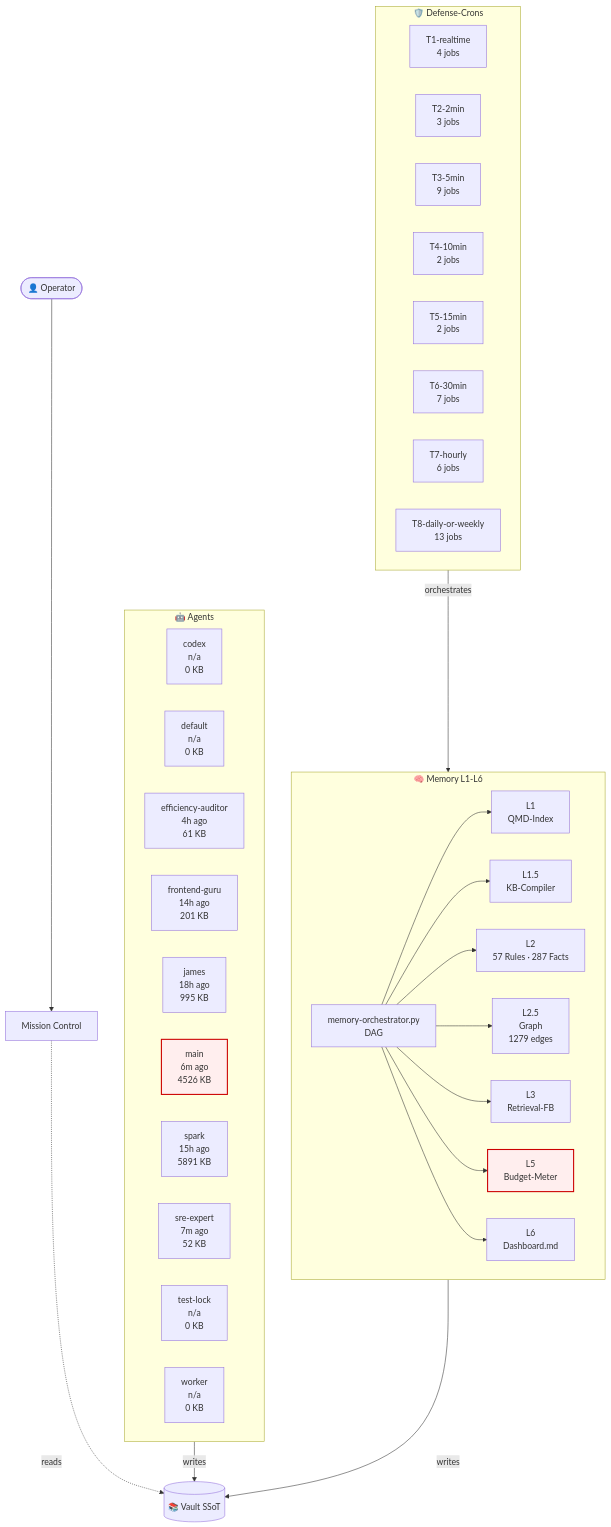
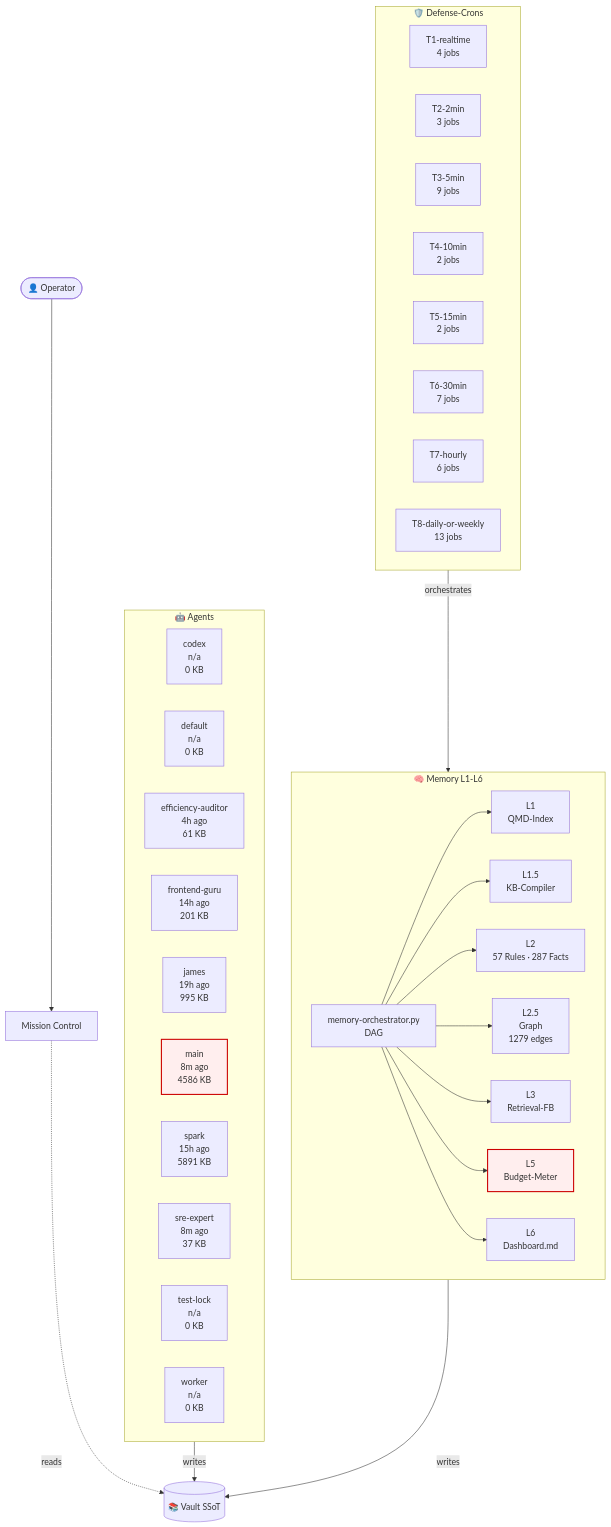
Before and after one commit to lenardhuebner88-rgb/openclaw-memory: the diagram in 03-Agents/architecture-live.md, drawn with Mermaid. The commit also changed other lines of this file and 1 other file, not shown here.

````diff
--- a/03-Agents/architecture-live.md
+++ b/03-Agents/architecture-live.md
@@ -18,53 +18,53 @@
 ```mermaid
 flowchart TB
     classDef critical fill:#fee,stroke:#c00,stroke-width:2px;
     subgraph AGT["🤖 Agents"]
         agent_codex["codex<br/>n/a<br/>0 KB"]
         agent_default["default<br/>n/a<br/>0 KB"]
         agent_efficiency_auditor["efficiency-auditor<br/>4h ago<br/>61 KB"]
         agent_frontend_guru["frontend-guru<br/>14h ago<br/>201 KB"]
-        agent_james["james<br/>18h ago<br/>995 KB"]
-        agent_main["main<br/>6m ago<br/>4526 KB"]
+        agent_james["james<br/>19h ago<br/>995 KB"]
+        agent_main["main<br/>8m ago<br/>4586 KB"]
         agent_spark["spark<br/>15h ago<br/>5891 KB"]
-        agent_sre_expert["sre-expert<br/>7m ago<br/>52 KB"]
+        agent_sre_expert["sre-expert<br/>8m ago<br/>37 KB"]
         agent_test_lock["test-lock<br/>n/a<br/>0 KB"]
         agent_worker["worker<br/>n/a<br/>0 KB"]
     end
     subgraph MEM["🧠 Memory L1-L6"]
         L1["L1<br/>QMD-Index"]
         L15["L1.5<br/>KB-Compiler"]
         L2["L2<br/>57 Rules · 287 Facts"]
         L25["L2.5<br/>Graph<br/>1279 edges"]
         L3["L3<br/>Retrieval-FB"]
         L5["L5<br/>Budget-Meter"]
         L6["L6<br/>Dashboard.md"]
         ORCH["memory-orchestrator.py<br/>DAG"]
     end
     subgraph CRN["🛡️ Defense-Crons"]
         tier_T1_realtime["T1-realtime<br/>4 jobs"]
         tier_T2_2min["T2-2min<br/>3 jobs"]
         tier_T3_5min["T3-5min<br/>9 jobs"]
         tier_T4_10min["T4-10min<br/>2 jobs"]
         tier_T5_15min["T5-15min<br/>2 jobs"]
         tier_T6_30min["T6-30min<br/>7 jobs"]
         tier_T7_hourly["T7-hourly<br/>6 jobs"]
         tier_T8_daily_or_weekly["T8-daily-or-weekly<br/>13 jobs"]
     end
     VAULT[("📚 Vault SSoT")]
     OP([👤 Operator])
     MC["Mission Control"]
     OP --> MC
     MC -.reads.-> VAULT
     AGT -->|writes| VAULT
     MEM -->|writes| VAULT
     ORCH --> L1
     ORCH --> L15
     ORCH --> L2
     ORCH --> L25
     ORCH --> L3
     ORCH --> L5
     ORCH --> L6
     CRN -->|orchestrates| MEM
     class L5 critical
     class agent_main critical
 ```
````
